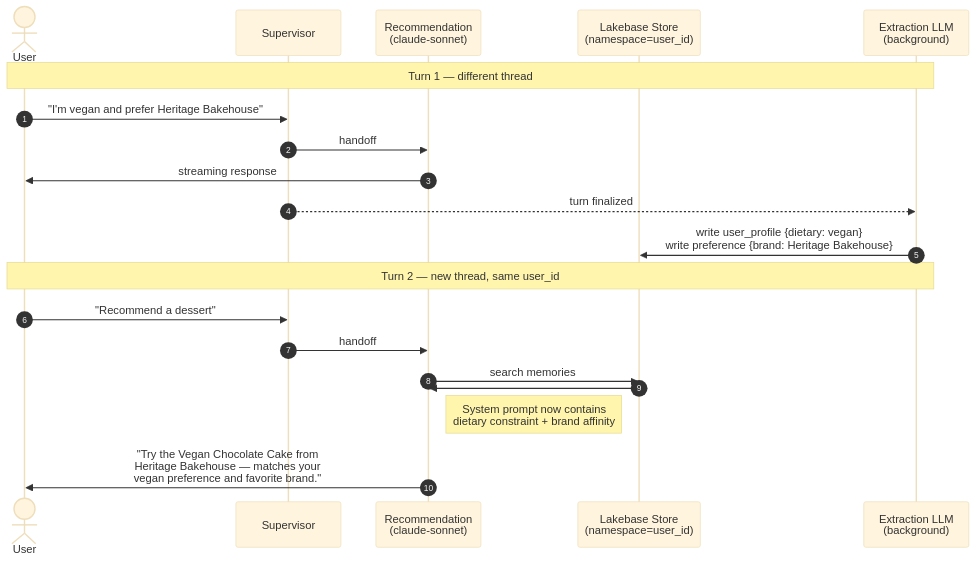
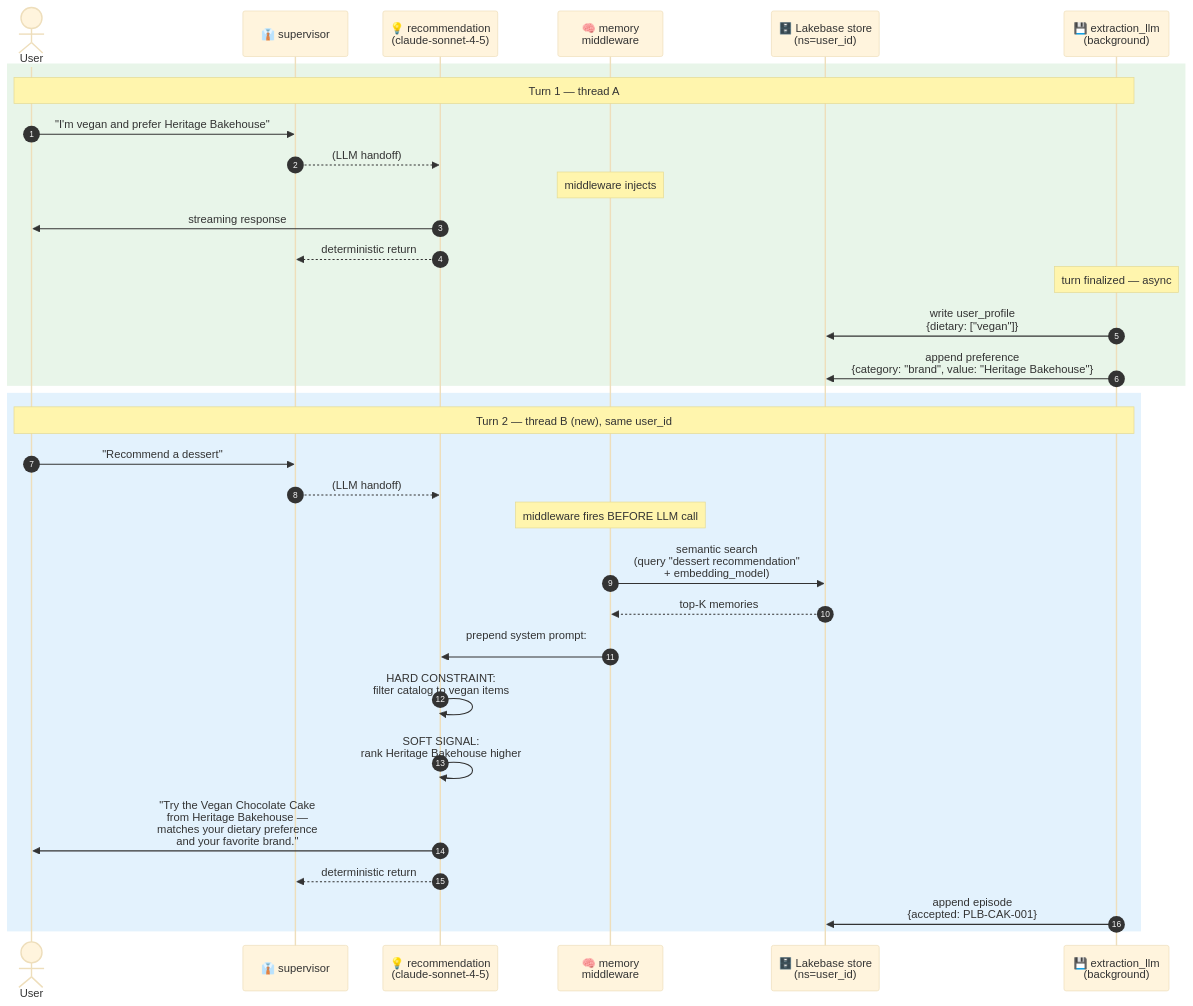
One commit to natefleming/retail-ai changed the fourth of 6 diagrams in config/examples/15_complete_applications/commerce_swarm/README.md. Above: the diagram before and after it, drawn with Mermaid. The commit also changed other lines of this file and 1 other file, not shown here.

First line of the commit message:
fix(commerce_swarm): correct architecture diagrams + use deterministic handoffs

````diff
--- a/config/examples/15_complete_applications/commerce_swarm/README.md
+++ b/config/examples/15_complete_applications/commerce_swarm/README.md
@@ -130,25 +201,43 @@
 ```mermaid
-%%{init: {'theme': 'base'}}%%
+%%{init: {'theme': 'base', 'themeVariables': { 'fontSize': '13px'}}}%%
 sequenceDiagram
     autonumber
     actor User
-    participant Sup as Supervisor
-    participant Rec as Recommendation<br/>(claude-sonnet)
-    participant Store as Lakebase Store<br/>(namespace=user_id)
-    participant Ext as Extraction LLM<br/>(background)
+    participant Sup as 👔 supervisor
+    participant Rec as 💡 recommendation<br/>(claude-sonnet-4-5)
+    participant MW as 🧠 memory<br/>middleware
+    participant Store as 🗄️ Lakebase store<br/>(ns=user_id)
+    participant Ext as 💾 extraction_llm<br/>(background)
 
-    Note over User,Ext: Turn 1 — different thread
-    User->>Sup: "I'm vegan and prefer Heritage Bakehouse"
-    Sup->>Rec: handoff
-    Rec->>User: streaming response
-    Sup-->>Ext: turn finalized
-    Ext->>Store: write user_profile {dietary: vegan}<br/>write preference {brand: Heritage Bakehouse}
+    rect rgb(232, 245, 233)
+        Note over User,Ext: Turn 1 — thread A
+        User->>Sup: "I'm vegan and prefer Heritage Bakehouse"
+        Sup-->>Rec: (LLM handoff)
+        Note over MW: middleware injects ## Memories<br/>(empty on first interaction)
+        Rec->>User: streaming response
+        Rec-->>Sup: deterministic return
 
-    Note over User,Ext: Turn 2 — new thread, same user_id
-    User->>Sup: "Recommend a dessert"
-    Sup->>Rec: handoff
-    Rec->>Store: search memories
-    Store->>Rec: ## Memories<br/>- User is vegan<br/>- User prefers Heritage Bakehouse
-    Note right of Rec: System prompt now contains<br/>dietary constraint + brand affinity
-    Rec->>User: "Try the Vegan Chocolate Cake from<br/>Heritage Bakehouse — matches your<br/>vegan preference and favorite brand."
+        Note over Ext: turn finalized — async
+        Ext->>Store: write user_profile<br/>{dietary: ["vegan"]}
+        Ext->>Store: append preference<br/>{category: "brand", value: "Heritage Bakehouse"}
+    end
+
+    rect rgb(227, 242, 253)
+        Note over User,Ext: Turn 2 — thread B (new), same user_id
+        User->>Sup: "Recommend a dessert"
+        Sup-->>Rec: (LLM handoff)
+
+        Note over MW: middleware fires BEFORE LLM call
+        MW->>Store: semantic search<br/>(query "dessert recommendation"<br/>+ embedding_model)
+        Store-->>MW: top-K memories
+        MW->>Rec: prepend system prompt:<br/>## Memories<br/>- User is vegan<br/>- Prefers Heritage Bakehouse
+
+        Rec->>Rec: HARD CONSTRAINT:<br/>filter catalog to vegan items
+        Rec->>Rec: SOFT SIGNAL:<br/>rank Heritage Bakehouse higher
+
+        Rec->>User: "Try the Vegan Chocolate Cake<br/>from Heritage Bakehouse —<br/>matches your dietary preference<br/>and your favorite brand."
+        Rec-->>Sup: deterministic return
+
+        Ext->>Store: append episode<br/>{accepted: PLB-CAK-001}
+    end
 ```
````
